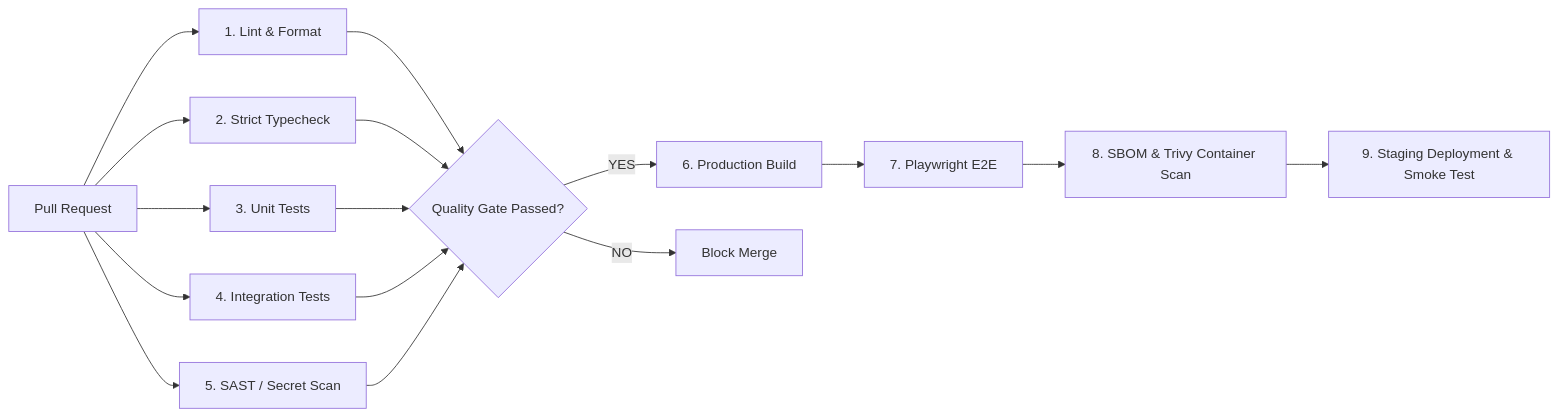
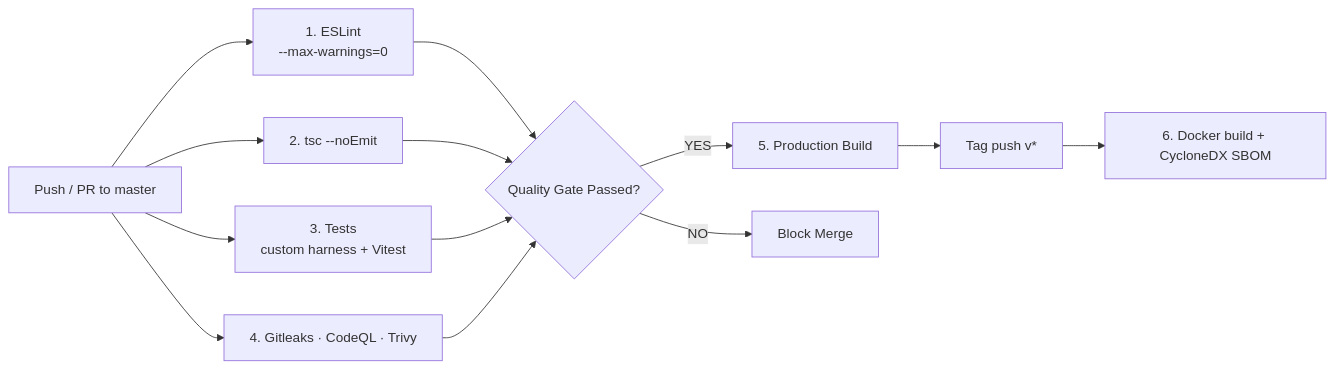
The diagram in docs/CI-CD.md (GrimRaven23/Project-1), drawn with Mermaid before and after one commit. The commit also changed other lines of this file and 5 other files, not shown here.

````diff
--- a/docs/CI-CD.md
+++ b/docs/CI-CD.md
@@ -10,21 +13,17 @@
 ```mermaid
 graph LR
-    PR[Pull Request] --> Lint[1. Lint & Format]
-    PR --> Typecheck[2. Strict Typecheck]
-    PR --> UnitTests[3. Unit Tests]
-    PR --> Integration[4. Integration Tests]
-    PR --> SecScan[5. SAST / Secret Scan]
-    
+    Push[Push / PR to master] --> Lint[1. ESLint<br/>--max-warnings=0]
+    Push --> Typecheck[2. tsc --noEmit]
+    Push --> Tests[3. Tests<br/>custom harness + Vitest]
+    Push --> SecScan[4. Gitleaks · CodeQL · Trivy]
+
     Lint --> Gate{Quality Gate Passed?}
     Typecheck --> Gate
-    UnitTests --> Gate
-    Integration --> Gate
+    Tests --> Gate
     SecScan --> Gate
-    
-    Gate -- YES --> Build[6. Production Build]
+
+    Gate -- YES --> Build[5. Production Build]
     Gate -- NO --> Reject[Block Merge]
-    
-    Build --> E2E[7. Playwright E2E]
-    E2E --> SBOM[8. SBOM & Trivy Container Scan]
-    SBOM --> DeployStaging[9. Staging Deployment & Smoke Test]
+
+    Build --> Tag[Tag push v*] --> Release[6. Docker build + CycloneDX SBOM]
 ```
````
